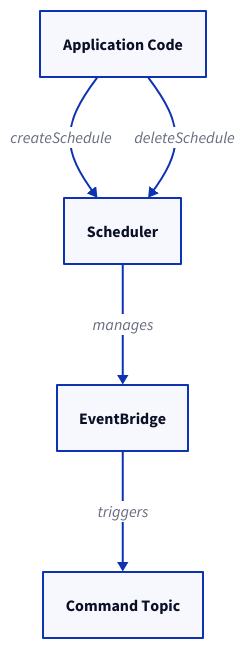
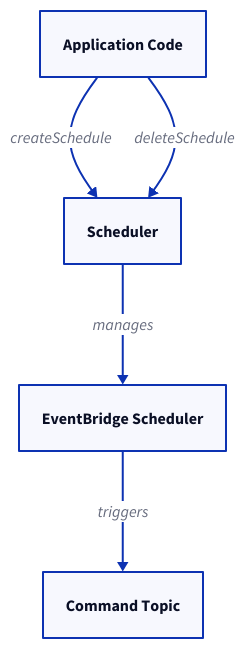
The first of 4 diagrams in packages/doc/docs-framework/runtime-components/scheduler.md (ReventlessDev/reventless-core), drawn with D2 before and after one commit. The commit also changed other lines of this file and 66 other files, not shown here.

First line of the commit message:
feat!: schedules take a Schedule.time, run on EventBridge Scheduler on AWS

````diff
--- a/packages/doc/docs-framework/runtime-components/scheduler.md
+++ b/packages/doc/docs-framework/runtime-components/scheduler.md
@@ -15,11 +15,11 @@
 ```d2
 Application: Application Code { class: client }
 Scheduler: Scheduler { class: scheduler }
-CloudWatch: EventBridge { class: aws-service }
+CloudWatch: EventBridge Scheduler { class: aws-service }
 CommandTopic: Command Topic { class: command-topic }
 
 Application -> Scheduler: createSchedule { class: command-flow }
 Application -> Scheduler: deleteSchedule { class: command-flow }
 Scheduler -> CloudWatch: manages
 CloudWatch -> CommandTopic: triggers
 ```
````
